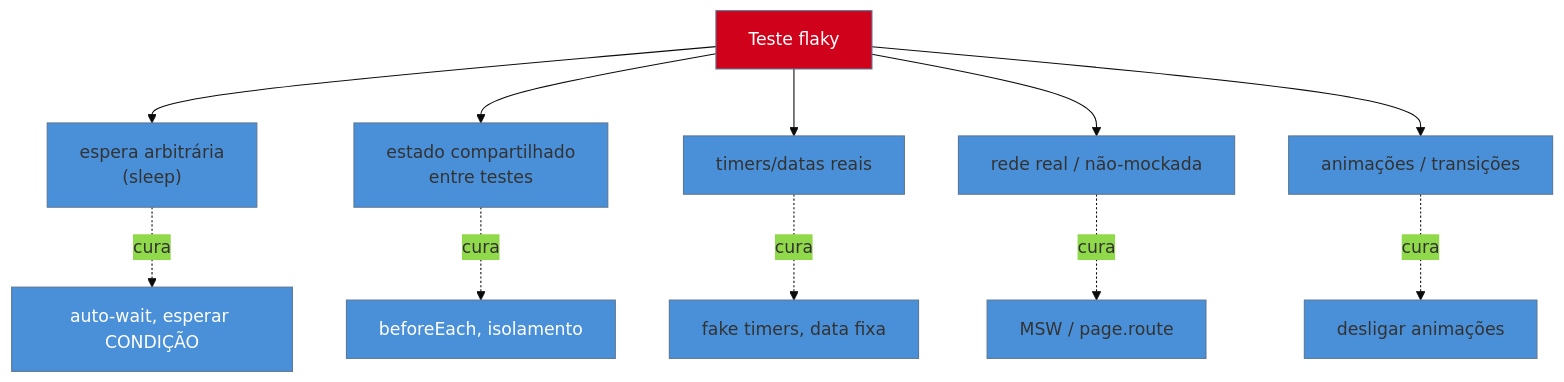
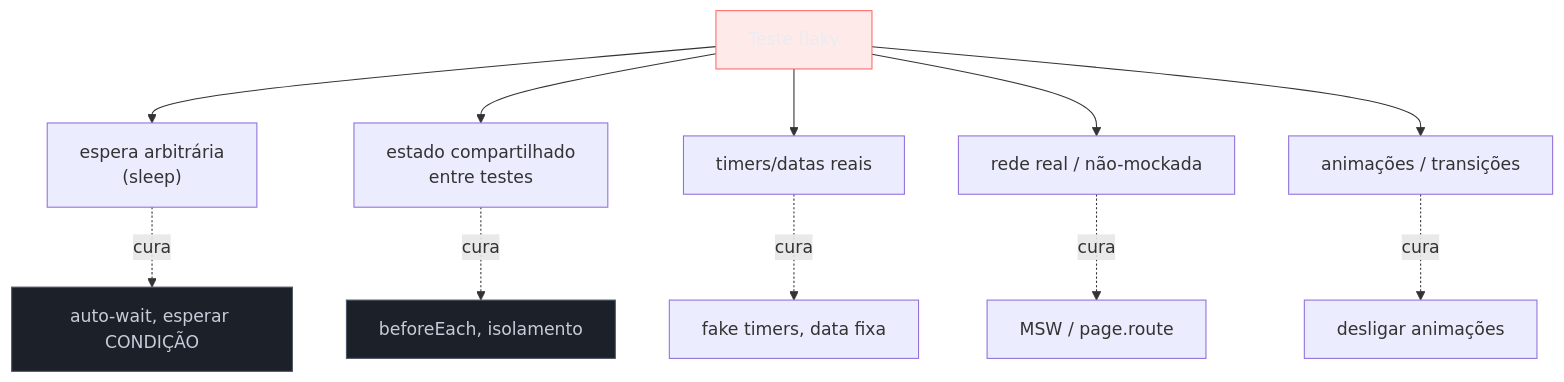
One commit to josenaldo/codex-technomanticus changed the diagram in 03-Dominios/Tecnologia/Testes JS/16 - Testes flaky em JS.md. Above: the diagram before and after it, drawn with Mermaid. The commit also changed 1181 other files, not shown here.

First line of the commit message:
fix(diagramas): paleta do sistema no lugar de cor cravada no markdown

````diff
--- a/03-Dominios/Tecnologia/Testes JS/16 - Testes flaky em JS.md
+++ b/03-Dominios/Tecnologia/Testes JS/16 - Testes flaky em JS.md
@@ -30,17 +30,18 @@
 ```mermaid
-%%{init: {"theme": "base", "themeVariables": {"primaryColor": "#4A90D9"}}}%%
 graph TB
+    classDef falha fill:#FF6B6B24,stroke:#FF6B6B,color:#E9ECF2
+    classDef neutro fill:#1B2029,stroke:#4E5666,color:#C6CCD8
     A[Teste flaky] --> B["espera arbitrária<br/>(sleep)"]
     A --> C["estado compartilhado<br/>entre testes"]
     A --> D["timers/datas reais"]
     A --> E["rede real / não-mockada"]
     A --> F["animações / transições"]
     B -.cura.-> B1["auto-wait, esperar CONDIÇÃO"]
     C -.cura.-> C1["beforeEach, isolamento"]
     D -.cura.-> D1["fake timers, data fixa"]
     E -.cura.-> E1["MSW / page.route"]
     F -.cura.-> F1["desligar animações"]
-    style A fill:#D0021B,color:#fff
-    style B1 fill:#4A90D9,color:#fff
-    style C1 fill:#4A90D9,color:#fff
+    class A falha
+    class B1 neutro
+    class C1 neutro
 ```
````
